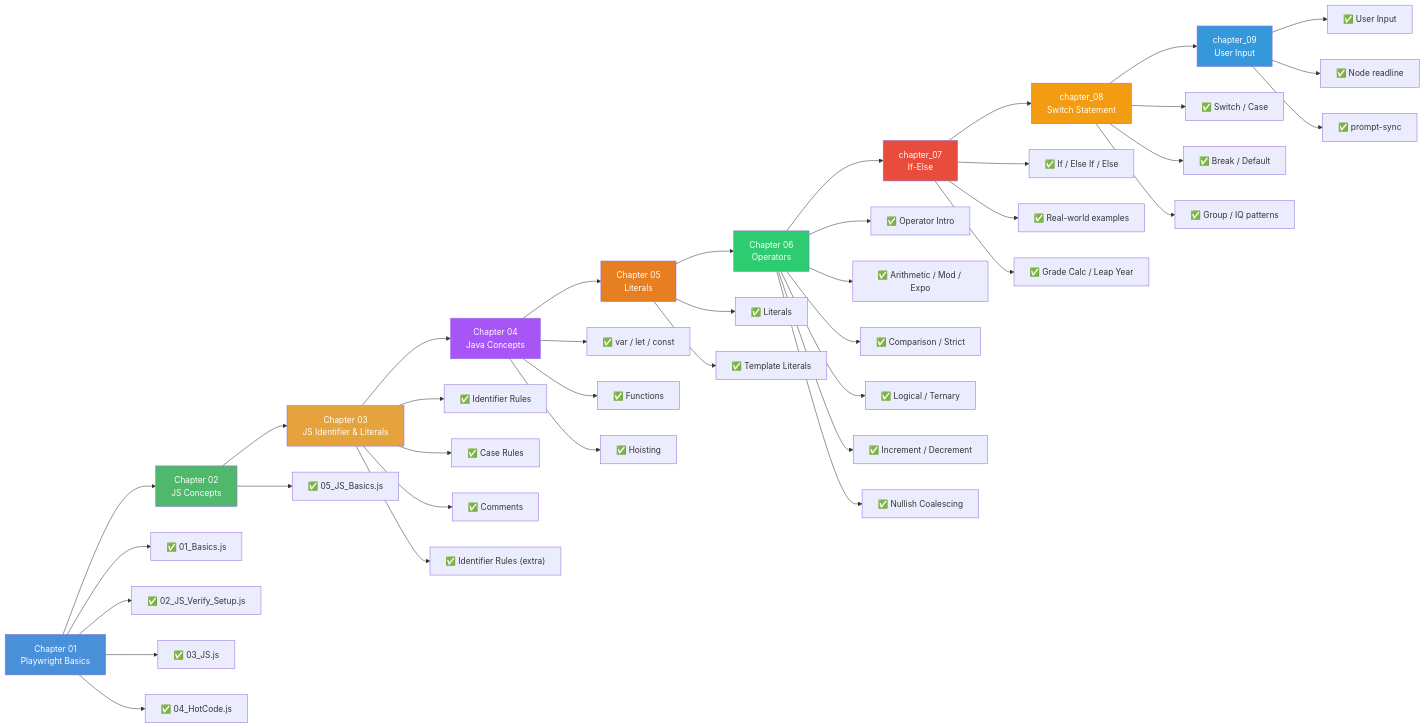
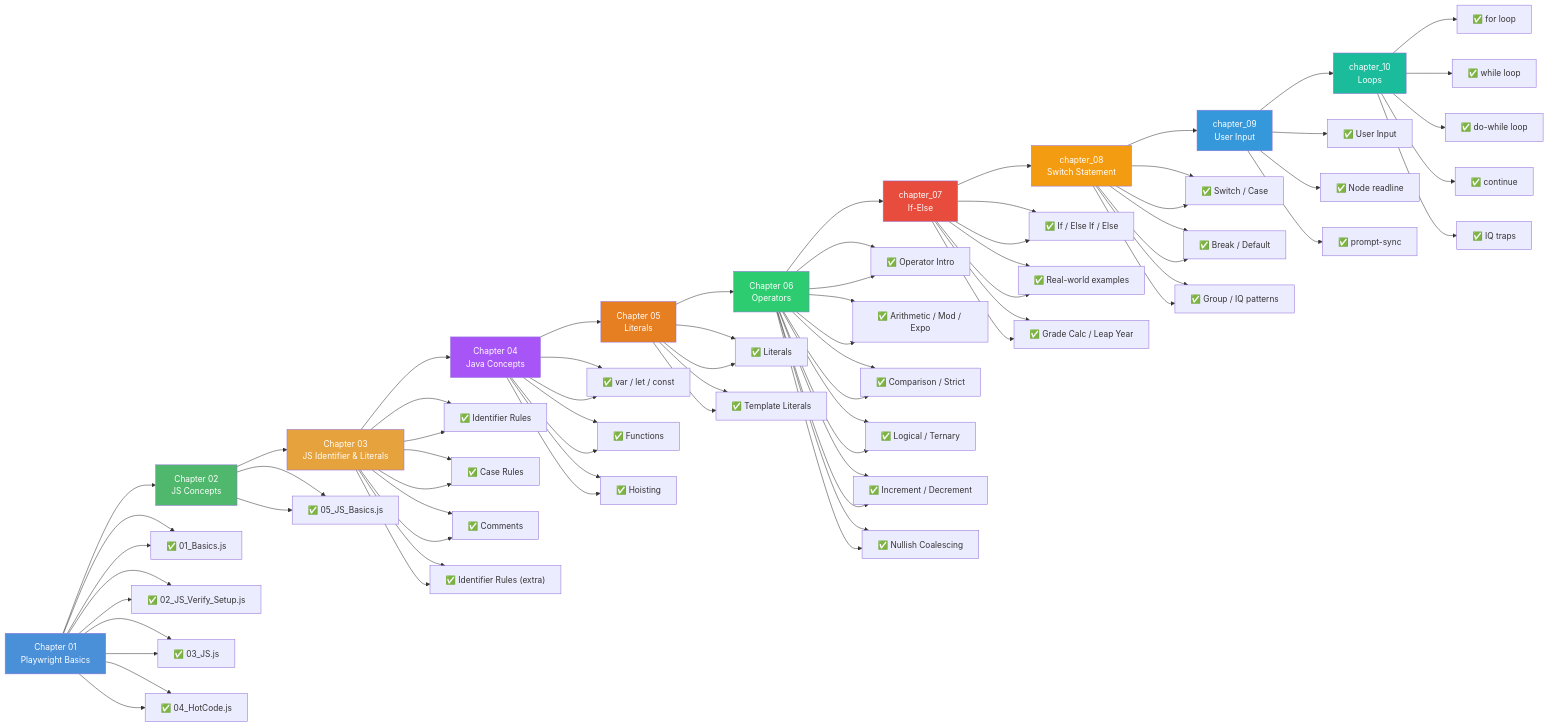
Before and after one commit to Hemalatha-R17/Playwright: the first of 11 diagrams in README.md, drawn with Mermaid. The commit also changed other lines of this file and 13 other files, not shown here.

Commit message:
Add chapter_10 Loops and update README

````diff
--- a/README.md
+++ b/README.md
@@ -61,9 +61,51 @@
     H --> H2["✅ Break / Default"]
     H --> H3["✅ Group / IQ patterns"]
 
+    I --> J[chapter_10<br/>Loops]
+
+    A --> A1["✅ 01_Basics.js"]
+    A --> A2["✅ 02_JS_Verify_Setup.js"]
+    A --> A3["✅ 03_JS.js"]
+    A --> A4["✅ 04_HotCode.js"]
+
+    B --> B1["✅ 05_JS_Basics.js"]
+
+    C --> C1["✅ Identifier Rules"]
+    C --> C2["✅ Case Rules"]
+    C --> C3["✅ Comments"]
+    C --> C4["✅ Identifier Rules (extra)"]
+
+    D --> D1["✅ var / let / const"]
+    D --> D2["✅ Functions"]
+    D --> D3["✅ Hoisting"]
+
+    E --> E1["✅ Literals"]
+    E --> E2["✅ Template Literals"]
+
+    F --> F1["✅ Operator Intro"]
+    F --> F2["✅ Arithmetic / Mod / Expo"]
+    F --> F3["✅ Comparison / Strict"]
+    F --> F4["✅ Logical / Ternary"]
+    F --> F5["✅ Increment / Decrement"]
+    F --> F6["✅ Nullish Coalescing"]
+
+    G --> G1["✅ If / Else If / Else"]
+    G --> G2["✅ Real-world examples"]
+    G --> G3["✅ Grade Calc / Leap Year"]
+
+    H --> H1["✅ Switch / Case"]
+    H --> H2["✅ Break / Default"]
+    H --> H3["✅ Group / IQ patterns"]
+
     I --> I1["✅ User Input"]
     I --> I2["✅ Node readline"]
     I --> I3["✅ prompt-sync"]
+
+    J --> J1["✅ for loop"]
+    J --> J2["✅ while loop"]
+    J --> J3["✅ do-while loop"]
+    J --> J4["✅ continue"]
+    J --> J5["✅ IQ traps"]
 
     style A fill:#4a90d9,color:#fff
     style B fill:#50b86c,color:#fff
@@ -74,4 +116,5 @@
     style G fill:#e74c3c,color:#fff
     style H fill:#f39c12,color:#fff
     style I fill:#3498db,color:#fff
+    style J fill:#1abc9c,color:#fff
 ```
````
